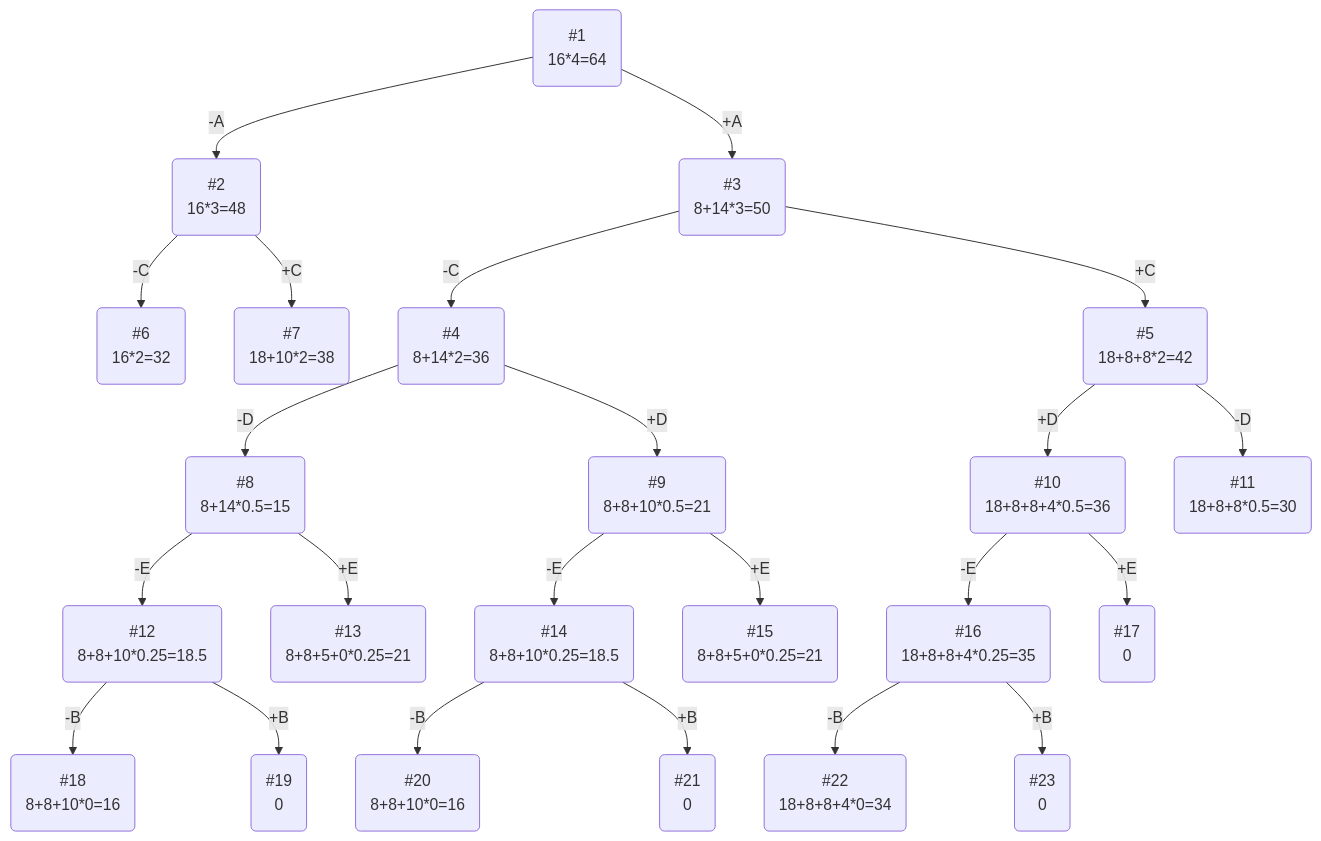
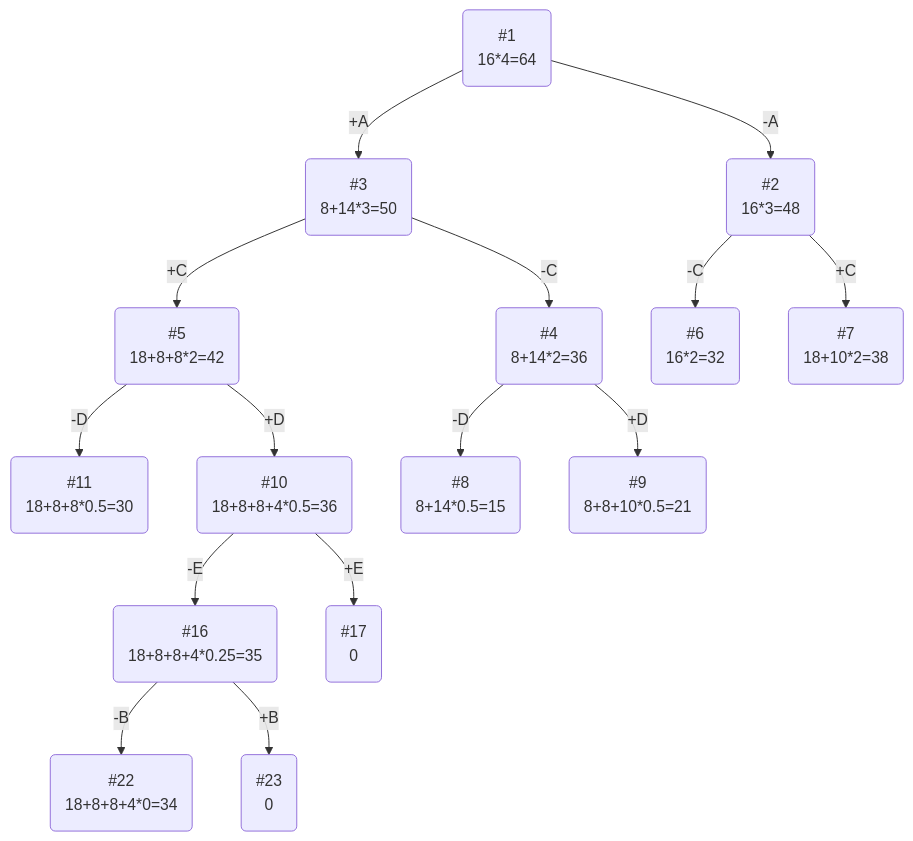
Before and after one commit to HSE-algo-23-crow/manual_tasks: the diagram in task_19/gigacode_task_19.md, drawn with Mermaid.

````diff
--- a/task_19/gigacode_task_19.md
+++ b/task_19/gigacode_task_19.md
@@ -53,25 +53,17 @@
 ```mermaid
 graph TB
     1(#1\n16*4=64)-->|-A|2(#2\n16*3=48)
     1-->|+A|3(#3\n8+14*3=50)
     3-->|-C|4(#4\n8+14*2=36)
     3-->|+C|5(#5\n18+8+8*2=42)
     5-->|+D|7(#10\n18+8+8+4*0.5=36)
     7-->|-E|20(#16\n18+8+8+4*0.25=35)
     20-->|-B|22(#22\n18+8+8+4*0=34)
     20-->|+B|23(#23\n0)
     7-->|+E|21(#17\n0)
     5-->|-D|6(#11\n18+8+8*0.5=30)
     2-->|-C|8(#6\n16*2=32)
     2-->|+C|9(#7\n18+10*2=38)
     4-->|-D|12(#8\n8+14*0.5=15)
     4-->|+D|13(#9\n8+8+10*0.5=21)
-    12-->|-E|26(#12\n8+8+10*0.25=18.5)
-    26-->|-B|28(#18\n8+8+10*0=16)
-    26-->|+B|29(#19\n0)
-    12-->|+E|27(#13\n8+8+5+0*0.25=21)
-    13-->|-E|14(#14\n8+8+10*0.25=18.5)
-    13-->|+E|15(#15\n8+8+5+0*0.25=21)
-    14-->|-B|16(#20\n8+8+10*0=16)
-    14-->|+B|17(#21\n0)
 ```
````
